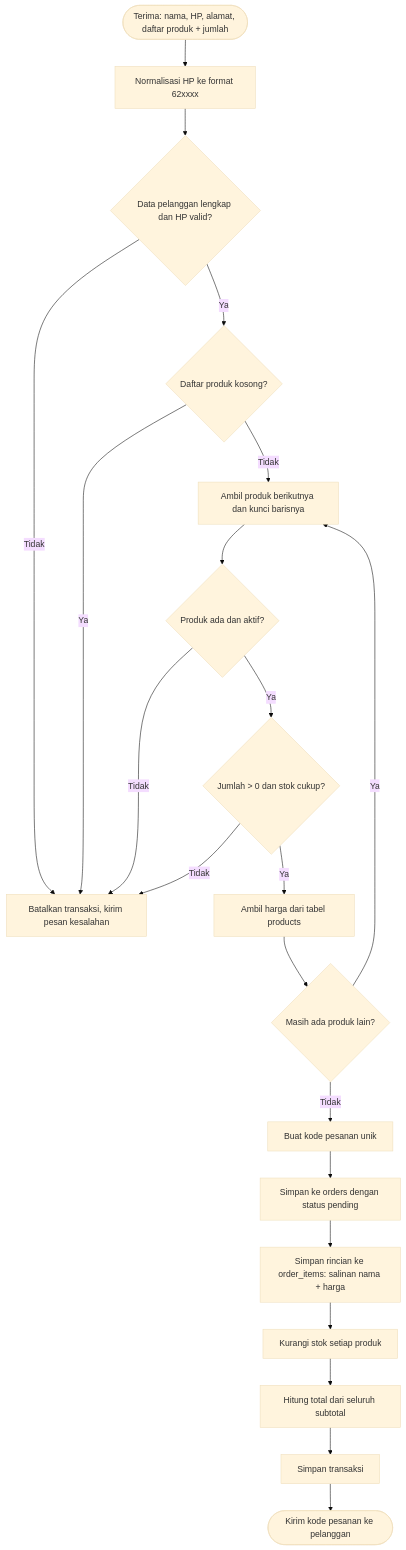
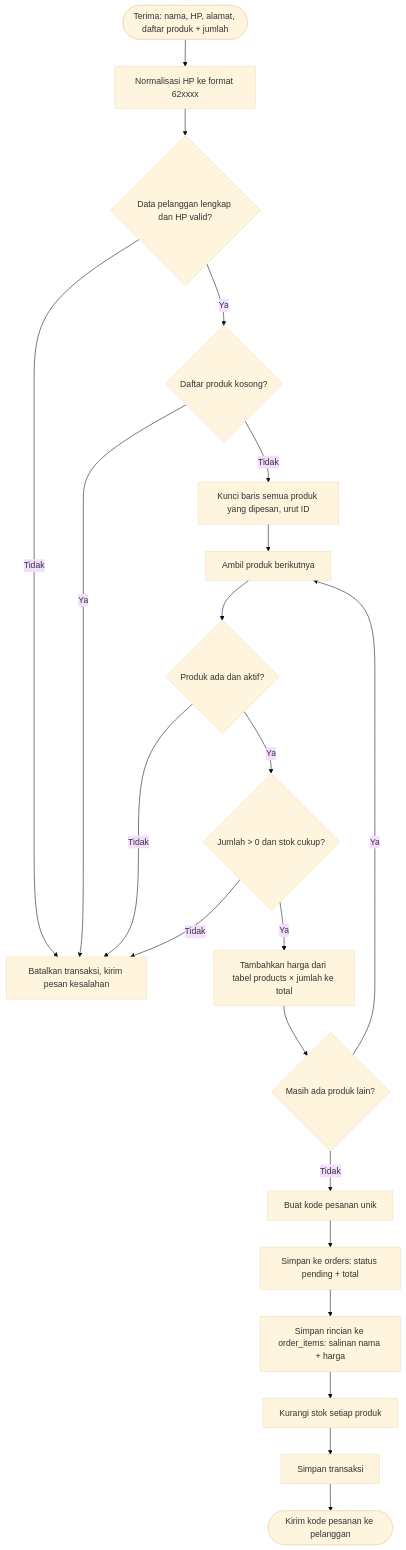
One commit to arikmhm/awm-fullstack changed the third of 9 diagrams in docs/FLOWCHART.md. Above: the diagram before and after it, drawn with Mermaid (base theme). The commit also changed other lines of this file and 7 other files, not shown here.

````diff
--- a/docs/FLOWCHART.md
+++ b/docs/FLOWCHART.md
@@ -69,23 +69,23 @@
 ```mermaid
 flowchart TD
     A([Terima: nama, HP, alamat, daftar produk + jumlah]) --> A2[Normalisasi HP ke format 62xxxx]
     A2 --> B{Data pelanggan lengkap dan HP valid?}
     B -- Tidak --> X[Batalkan transaksi, kirim pesan kesalahan]
     B -- Ya --> C{Daftar produk kosong?}
     C -- Ya --> X
-    C -- Tidak --> D[Ambil produk berikutnya dan kunci barisnya]
+    C -- Tidak --> LK[Kunci baris semua produk yang dipesan, urut ID]
+    LK --> D[Ambil produk berikutnya]
     D --> E{Produk ada dan aktif?}
     E -- Tidak --> X
     E -- Ya --> F{Jumlah > 0 dan stok cukup?}
     F -- Tidak --> X
-    F -- Ya --> G[Ambil harga dari tabel products]
+    F -- Ya --> G[Tambahkan harga dari tabel products × jumlah ke total]
     G --> H{Masih ada produk lain?}
     H -- Ya --> D
     H -- Tidak --> I[Buat kode pesanan unik]
-    I --> J[Simpan ke orders dengan status pending]
+    I --> J[Simpan ke orders: status pending + total]
     J --> K[Simpan rincian ke order_items: salinan nama + harga]
     K --> L[Kurangi stok setiap produk]
-    L --> M[Hitung total dari seluruh subtotal]
-    M --> N[Simpan transaksi]
+    L --> N[Simpan transaksi]
     N --> O([Kirim kode pesanan ke pelanggan])
 ```
````
